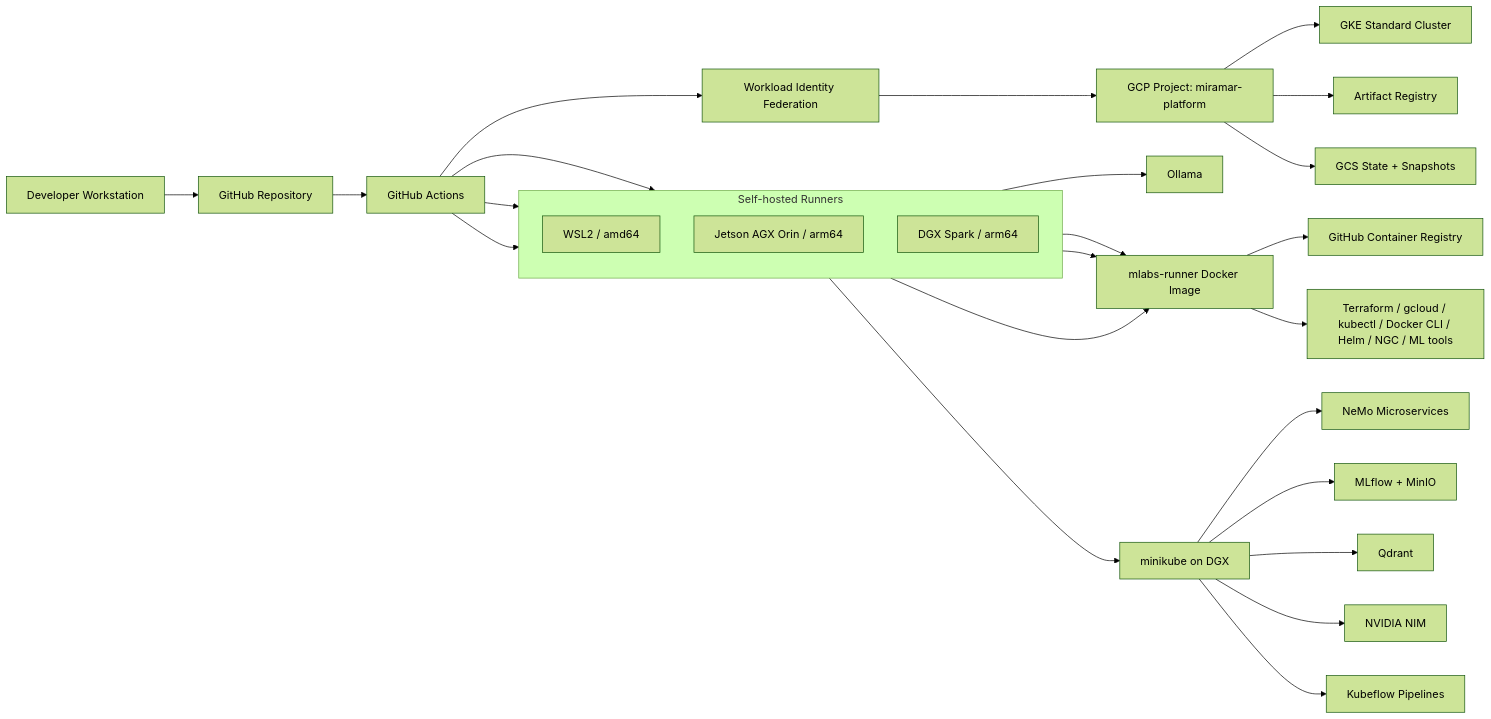
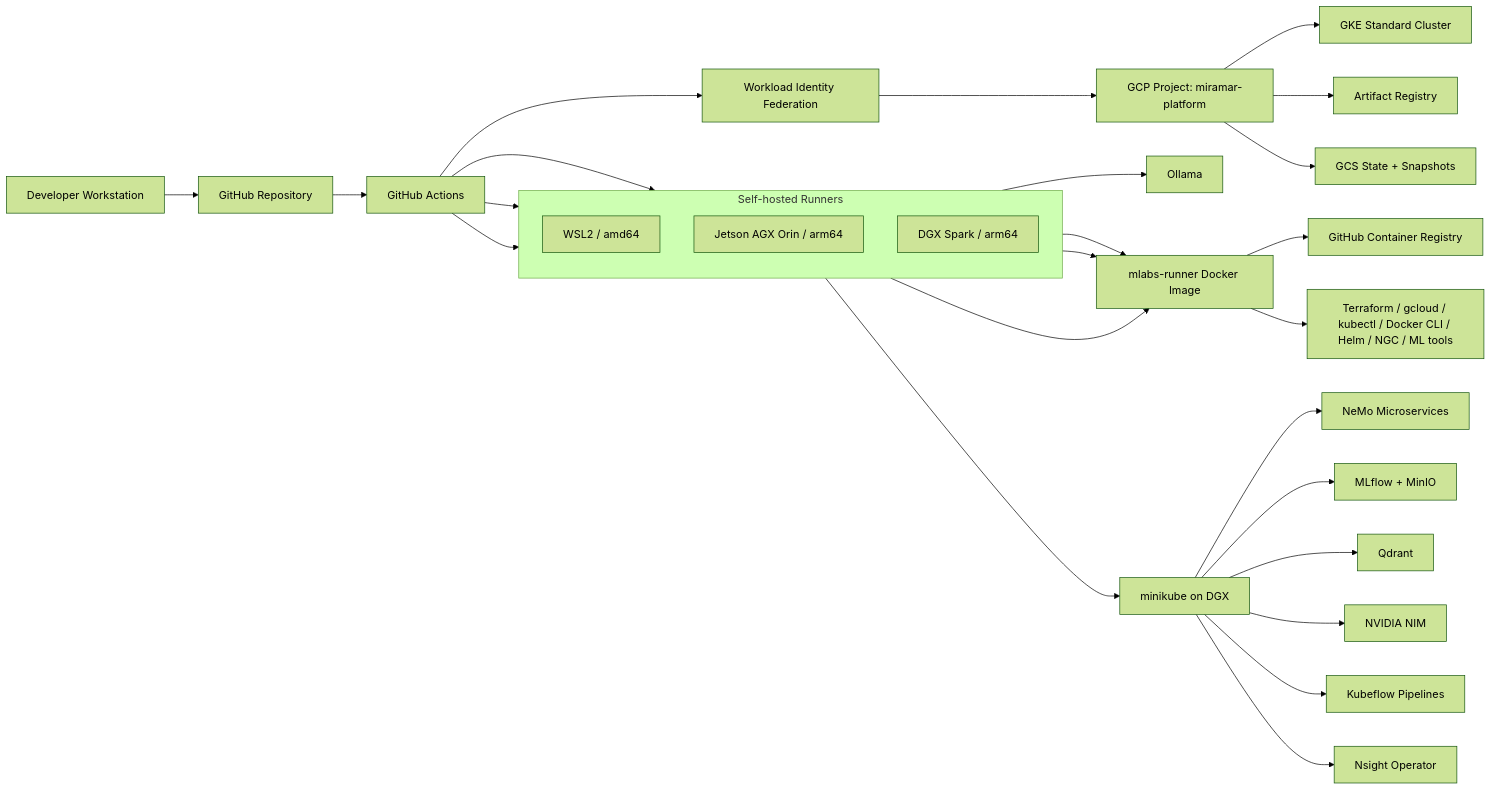
One commit to miramar-labs-org/miramar-platform-gcp changed the diagram in README.md. Above: the diagram before and after it, drawn with Mermaid (forest theme).

Commit message:
docs(readme): add Nsight Operator to architecture diagram

````diff
--- a/README.md
+++ b/README.md
@@ -19,39 +19,40 @@
 ```mermaid
 flowchart LR
     Dev[Developer Workstation] --> GH[GitHub Repository]
     GH --> GHA[GitHub Actions]
 
     subgraph runners[Self-hosted Runners]
         direction TB
         WSL2[WSL2 / amd64]
         AGX[Jetson AGX Orin / arm64]
         DGX[DGX Spark / arm64]
     end
 
     GHA --> WSL2
     GHA --> AGX
     GHA --> DGX
 
     WSL2 --> RunnerImage[mlabs-runner Docker Image]
     AGX --> RunnerImage
     DGX --> RunnerImage
 
     RunnerImage --> GHCR[GitHub Container Registry]
     RunnerImage --> Tools[Terraform / gcloud / kubectl / Docker CLI / Helm / NGC / ML tools]
 
     DGX --> Ollama[Ollama]
 
     GHA --> WIF[Workload Identity Federation]
     WIF --> GCP[GCP Project: miramar-platform]
 
     GCP --> GKE[GKE Standard Cluster]
     GCP --> GAR[Artifact Registry]
     GCP --> GCS[GCS State + Snapshots]
 
     DGX --> Mini[minikube on DGX]
     Mini --> Nemo[NeMo Microservices]
     Mini --> MLflow[MLflow + MinIO]
     Mini --> Qdrant[Qdrant]
     Mini --> NIM[NVIDIA NIM]
     Mini --> KFP[Kubeflow Pipelines]
+    Mini --> NsightOp[Nsight Operator]
 ```
````
